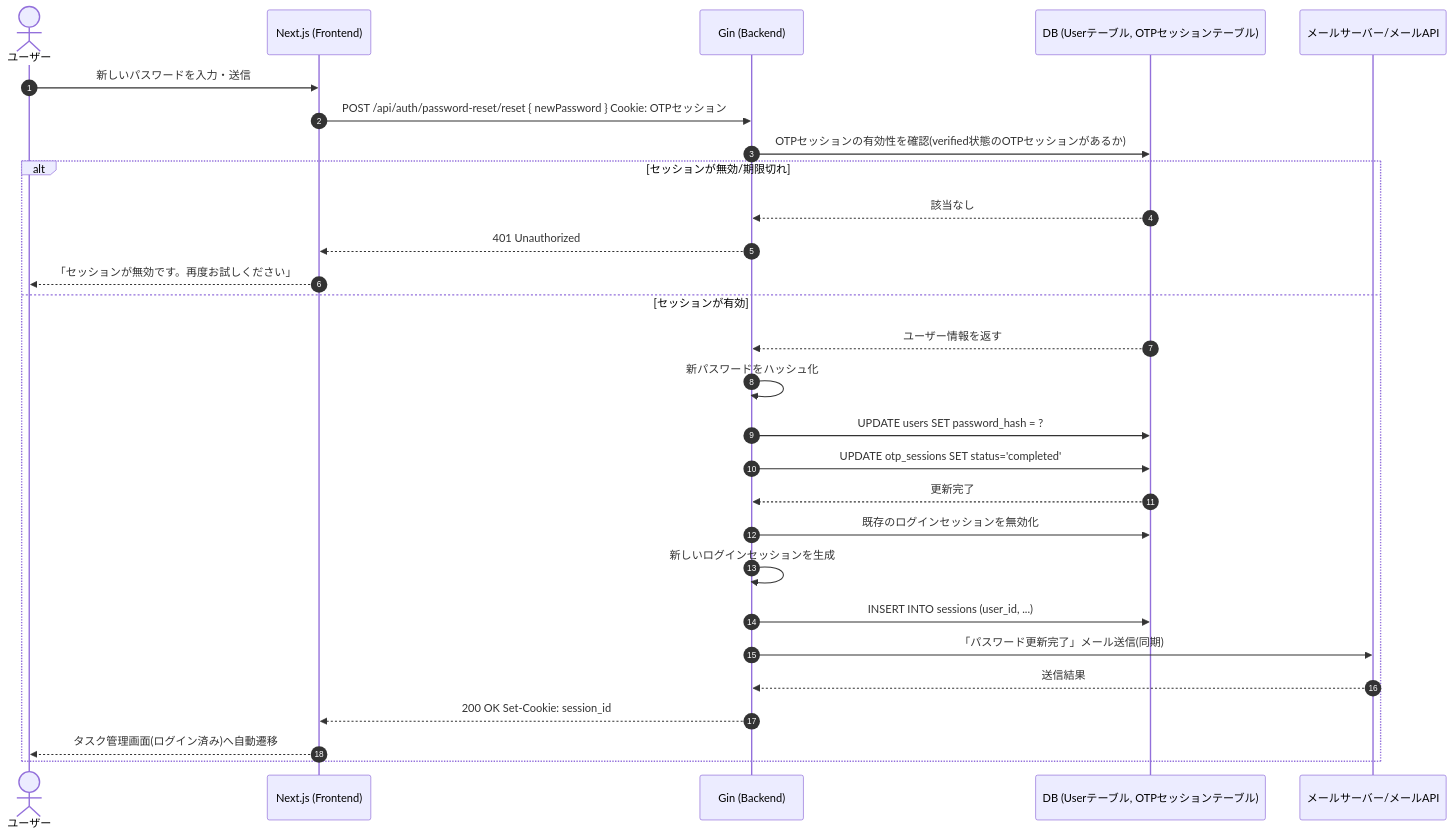
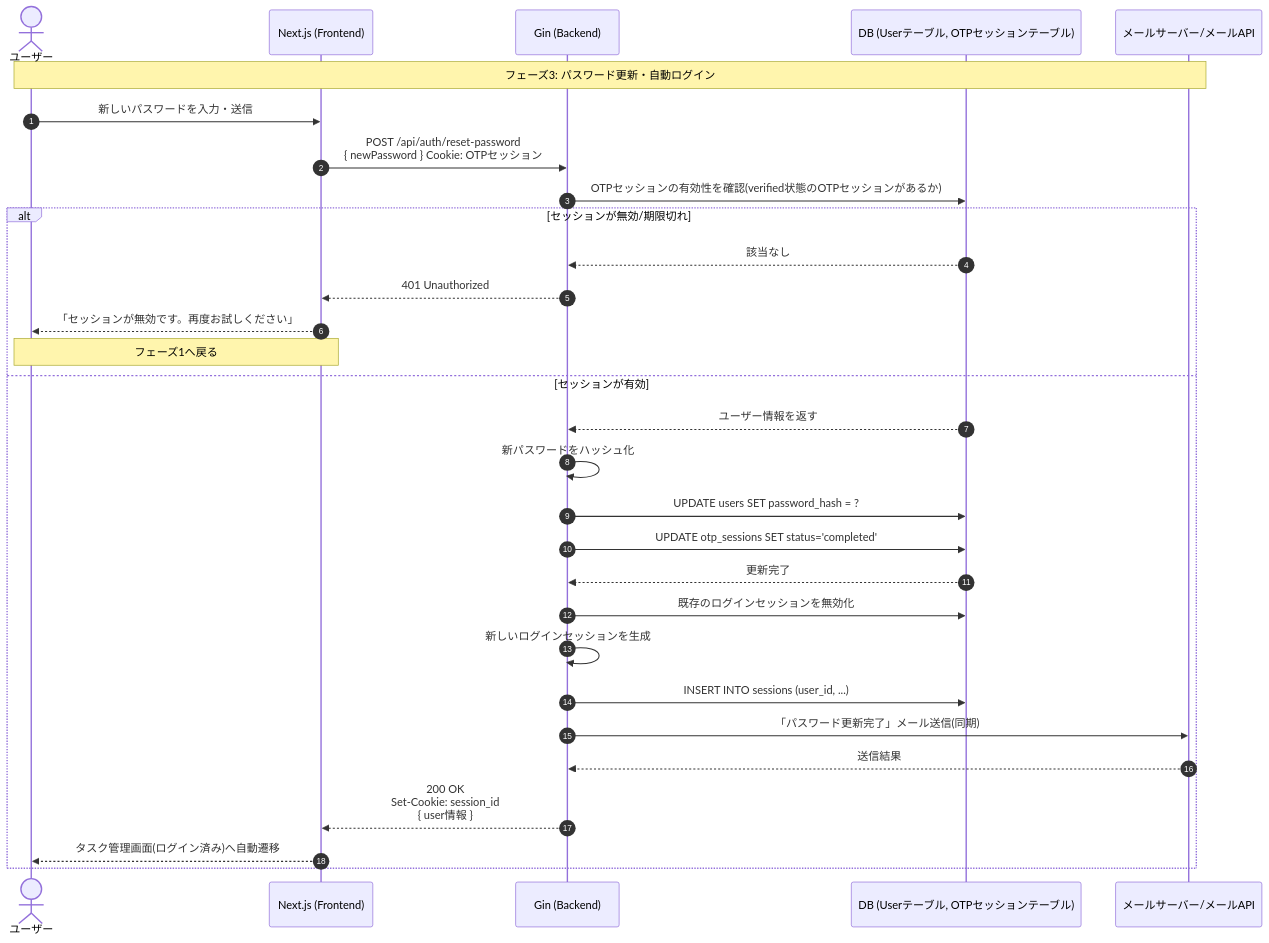
The eighth of 9 diagrams in docs/process_design.md (TUS-TI-dev-team/SyncTask), drawn with Mermaid before and after one commit. The commit also changed other lines of this file, not shown here.

````diff
--- a/docs/process_design.md
+++ b/docs/process_design.md
@@ -334,35 +353,37 @@
 ```mermaid
 sequenceDiagram
-    autonumber
-    actor User as ユーザー
-    participant FE as Next.js (Frontend)
-    participant BE as Gin (Backend)
-    participant DB as DB (Userテーブル, OTPセッションテーブル)
-    participant Mail as メールサーバー/メールAPI
+	autonumber
+	actor User as ユーザー
+	participant FE as Next.js (Frontend)
+	participant BE as Gin (Backend)
+	participant DB as DB (Userテーブル, OTPセッションテーブル)
+	participant Mail as メールサーバー/メールAPI
 
-    User->>FE: 新しいパスワードを入力・送信
-    FE->>BE: POST /api/auth/password-reset/reset { newPassword } Cookie: OTPセッション
+	Note over User,Mail: フェーズ3: パスワード更新・自動ログイン
+	User->>FE: 新しいパスワードを入力・送信
+	FE->>BE: POST /api/auth/reset-password<br/>{ newPassword } Cookie: OTPセッション
  
-    BE->>DB: OTPセッションの有効性を確認(verified状態のOTPセッションがあるか)
+	BE->>DB: OTPセッションの有効性を確認(verified状態のOTPセッションがあるか)
  
-    alt セッションが無効/期限切れ
-        DB-->>BE: 該当なし
-        BE-->>FE: 401 Unauthorized
-        FE-->>User: 「セッションが無効です。再度お試しください」
-    else セッションが有効
-        DB-->>BE: ユーザー情報を返す
-        BE->>BE: 新パスワードをハッシュ化
-        BE->>DB: UPDATE users SET password_hash = ?
-        BE->>DB: UPDATE otp_sessions SET status='completed'
-        DB-->>BE: 更新完了
-        
-        BE->>DB: 既存のログインセッションを無効化
-        BE->>BE: 新しいログインセッションを生成
-        BE->>DB: INSERT INTO sessions (user_id, ...)
-        BE->>Mail: 「パスワード更新完了」メール送信(同期)
-        Mail-->>BE: 送信結果
+	alt セッションが無効/期限切れ
+		DB-->>BE: 該当なし
+		BE-->>FE: 401 Unauthorized
+		FE-->>User: 「セッションが無効です。再度お試しください」
+		Note over User,FE: フェーズ1へ戻る
+	else セッションが有効
+		DB-->>BE: ユーザー情報を返す
+		BE->>BE: 新パスワードをハッシュ化
+		BE->>DB: UPDATE users SET password_hash = ?
+		BE->>DB: UPDATE otp_sessions SET status='completed'
+		DB-->>BE: 更新完了
+		
+		BE->>DB: 既存のログインセッションを無効化
+		BE->>BE: 新しいログインセッションを生成
+		BE->>DB: INSERT INTO sessions (user_id, ...)
+		BE->>Mail: 「パスワード更新完了」メール送信(同期)
+		Mail-->>BE: 送信結果
  
-        BE-->>FE: 200 OK Set-Cookie: session_id
-        FE-->>User: タスク管理画面(ログイン済み)へ自動遷移
-    end
+		BE-->>FE: 200 OK<br/>Set-Cookie: session_id<br/>{ user情報 }
+		FE-->>User: タスク管理画面(ログイン済み)へ自動遷移
+	end
 ```
````
